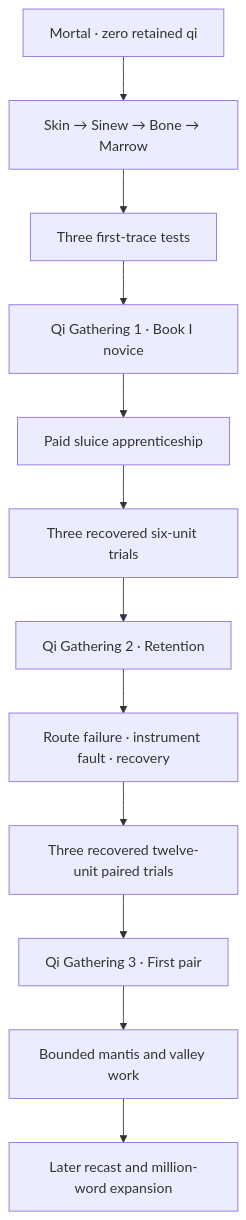
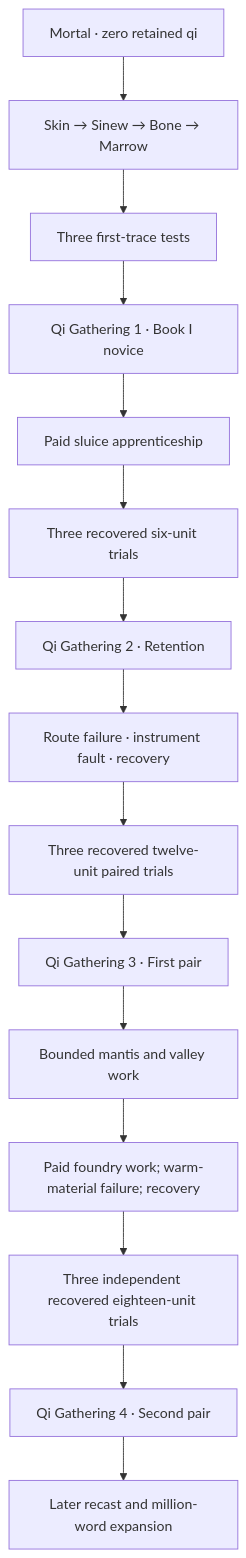
The diagram in docs/CULTIVATION_REWRITE.md (jgyy/octxian), drawn with Mermaid before and after one commit. The commit also changed other lines of this file and 5 other files, not shown here.

````diff
--- a/docs/CULTIVATION_REWRITE.md
+++ b/docs/CULTIVATION_REWRITE.md
@@ -48,14 +51,17 @@
 ```mermaid
 flowchart TD
     Mortal["Mortal · zero retained qi"] --> Body["Skin → Sinew → Bone → Marrow"]
     Body --> Trace["Three first-trace tests"]
     Trace --> One["Qi Gathering 1 · Book I novice"]
     One --> Sluice["Paid sluice apprenticeship"]
     Sluice --> Retention["Three recovered six-unit trials"]
     Retention --> Two["Qi Gathering 2 · Retention"]
     Two --> Failure["Route failure · instrument fault · recovery"]
     Failure --> Pair["Three recovered twelve-unit paired trials"]
     Pair --> Three["Qi Gathering 3 · First pair"]
     Three --> Work["Bounded mantis and valley work"]
-    Work --> Remaining["Later recast and million-word expansion"]
+    Work --> Foundry["Paid foundry work; warm-material failure; recovery"]
+    Foundry --> Trials4["Three independent recovered eighteen-unit trials"]
+    Trials4 --> Four["Qi Gathering 4 · Second pair"]
+    Four --> Remaining["Later recast and million-word expansion"]
 ```
````
